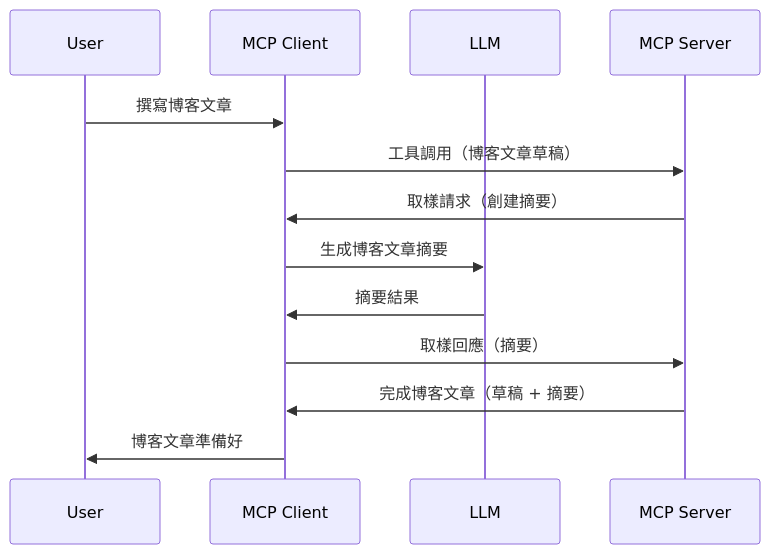
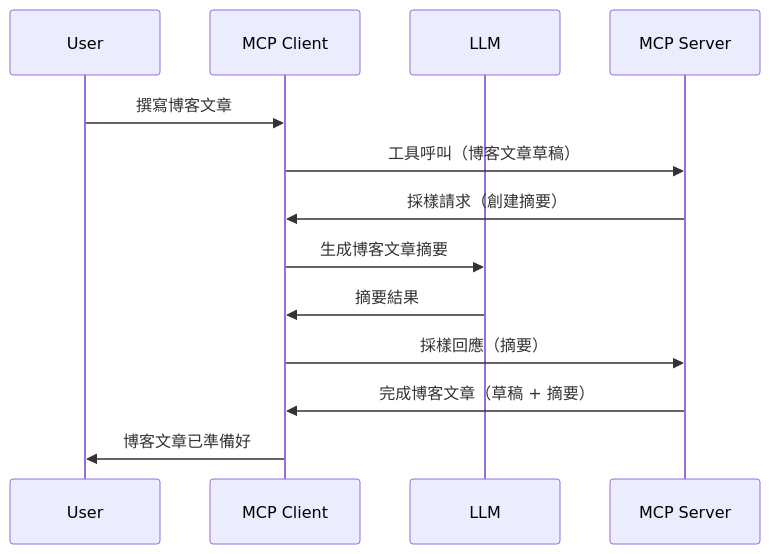
The diagram in mcp_ecosystem__model_context_protocol/mcp_learning_resources/mcp-for-beginners/translations/zh-HK/03-GettingStarted/14-sampling/README.md (HIDORAKAI002/ai-workspace-archive), drawn with Mermaid before and after one commit. The commit also changed other lines of this file and 1160 other files, not shown here.

````diff
--- a/mcp_ecosystem__model_context_protocol/mcp_learning_resources/mcp-for-beginners/translations/zh-HK/03-GettingStarted/14-sampling/README.md
+++ b/mcp_ecosystem__model_context_protocol/mcp_learning_resources/mcp-for-beginners/translations/zh-HK/03-GettingStarted/14-sampling/README.md
@@ -23,16 +23,16 @@
 ```mermaid
 sequenceDiagram
     participant User
     participant MCP Client
     participant LLM
     participant MCP Server
 
     User->>MCP Client: 撰寫博客文章
-    MCP Client->>MCP Server: 工具調用（博客文章草稿）
-    MCP Server->>MCP Client: 取樣請求（創建摘要）
+    MCP Client->>MCP Server: 工具呼叫（博客文章草稿）
+    MCP Server->>MCP Client: 採樣請求（創建摘要）
     MCP Client->>LLM: 生成博客文章摘要
     LLM->>MCP Client: 摘要結果
-    MCP Client->>MCP Server: 取樣回應（摘要）
+    MCP Client->>MCP Server: 採樣回應（摘要）
     MCP Server->>MCP Client: 完成博客文章（草稿 + 摘要）
-    MCP Client->>User: 博客文章準備好
+    MCP Client->>User: 博客文章已準備好
 ```
````
